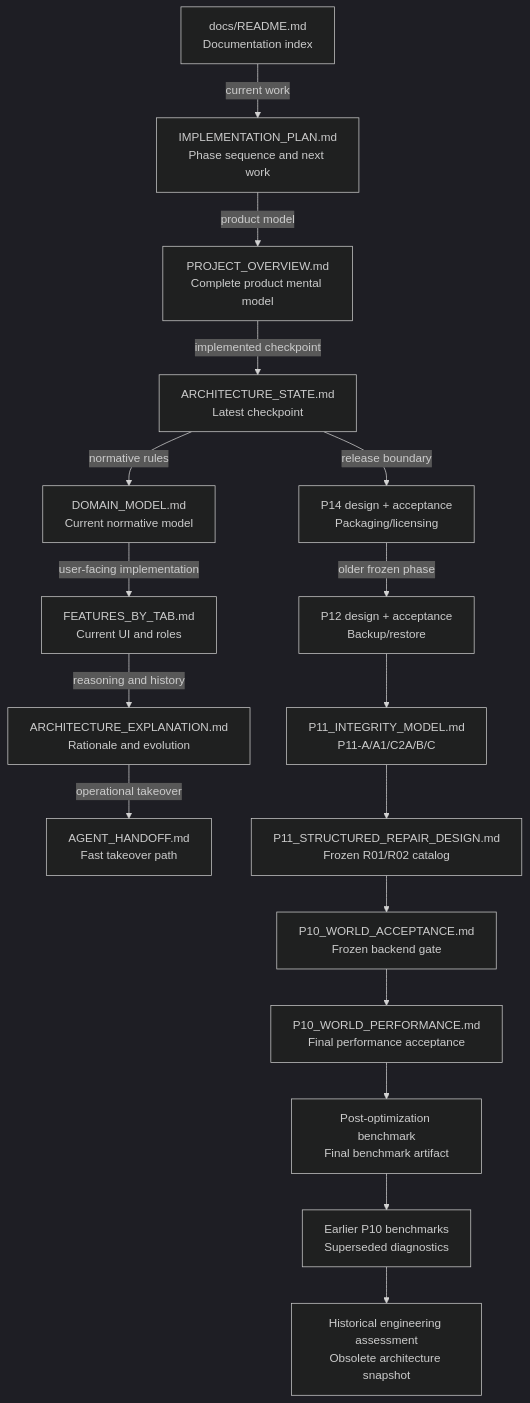
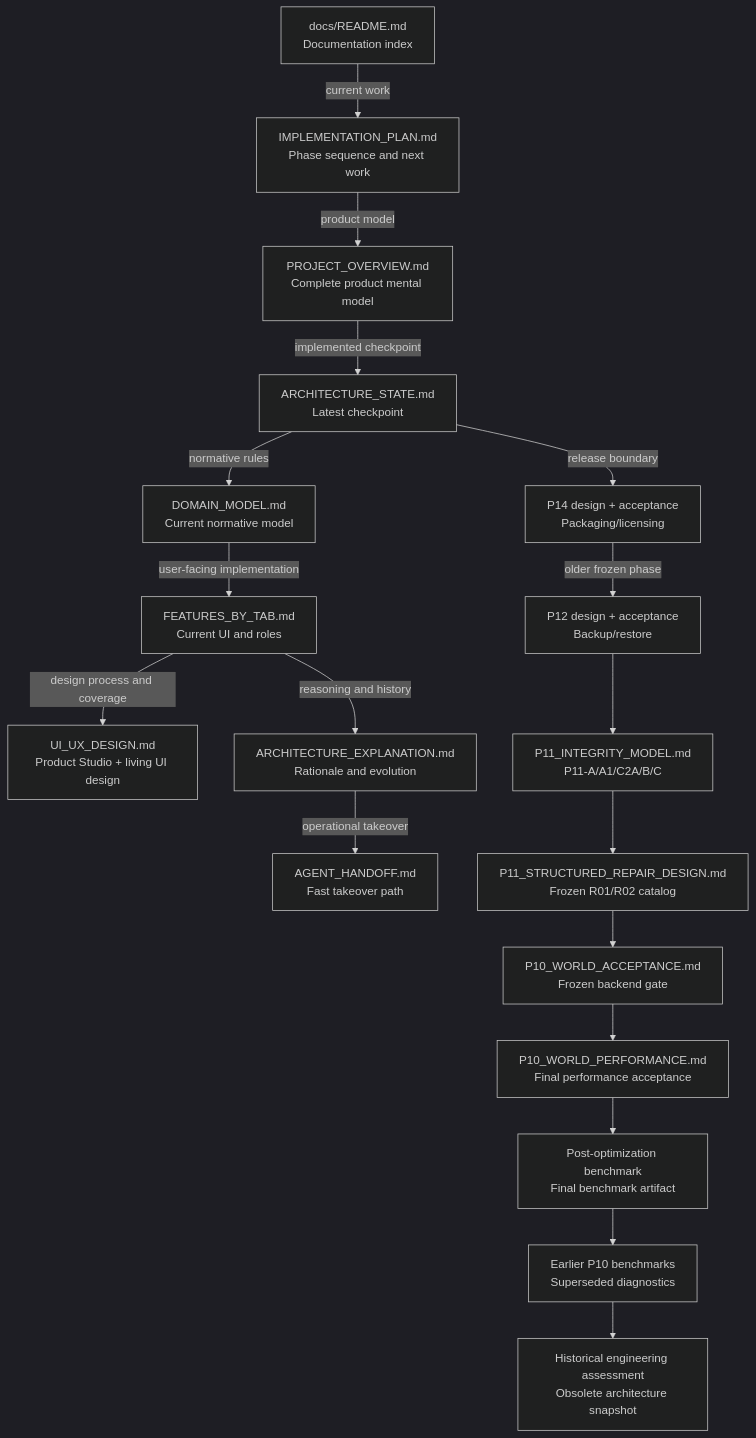
One commit to suraj-singh12/sentri-face-edge changed the diagram in docs/README.md. Above: the diagram before and after it, drawn with Mermaid (dark theme). The commit also changed other lines of this file and 7 other files, not shown here.

Commit message:
docs(#6): establish Product Studio design charter and source-grounded UI inventory

````diff
--- a/docs/README.md
+++ b/docs/README.md
@@ -48,41 +49,43 @@
 ```mermaid
 flowchart TD
     INDEX["docs/README.md<br/>Documentation index"]
     OVERVIEW["PROJECT_OVERVIEW.md<br/>Complete product mental model"]
     HANDOFF["AGENT_HANDOFF.md<br/>Fast takeover path"]
 
     STATE["ARCHITECTURE_STATE.md<br/>Latest checkpoint"]
     PLAN["IMPLEMENTATION_PLAN.md<br/>Phase sequence and next work"]
     DOMAIN["DOMAIN_MODEL.md<br/>Current normative model"]
     FEATURES["FEATURES_BY_TAB.md<br/>Current UI and roles"]
+    UX["UI_UX_DESIGN.md<br/>Product Studio + living UI design"]
     EXPLAIN["ARCHITECTURE_EXPLANATION.md<br/>Rationale and evolution"]
 
     P11I["P11_INTEGRITY_MODEL.md<br/>P11-A/A1/C2A/B/C"]
     P11R["P11_STRUCTURED_REPAIR_DESIGN.md<br/>Frozen R01/R02 catalog"]
     P12["P12 design + acceptance<br/>Backup/restore"]
     P14["P14 design + acceptance<br/>Packaging/licensing"]
 
     P10A["P10_WORLD_ACCEPTANCE.md<br/>Frozen backend gate"]
     P10P["P10_WORLD_PERFORMANCE.md<br/>Final performance acceptance"]
     P10FINAL["Post-optimization benchmark<br/>Final benchmark artifact"]
     P10OLD["Earlier P10 benchmarks<br/>Superseded diagnostics"]
     HIST["Historical engineering assessment<br/>Obsolete architecture snapshot"]
 
     INDEX -->|"current work"| PLAN
     PLAN -->|"product model"| OVERVIEW
     OVERVIEW -->|"implemented checkpoint"| STATE
     STATE -->|"normative rules"| DOMAIN
     DOMAIN -->|"user-facing implementation"| FEATURES
+    FEATURES -->|"design process and coverage"| UX
     FEATURES -->|"reasoning and history"| EXPLAIN
     EXPLAIN -->|"operational takeover"| HANDOFF
 
     STATE -->|"release boundary"| P14
     P14 -->|"older frozen phase"| P12
     P12 --> P11I
     P11I --> P11R
     P11R --> P10A
     P10A --> P10P
     P10P --> P10FINAL
     P10FINAL --> P10OLD
     P10OLD --> HIST
 ```
````
